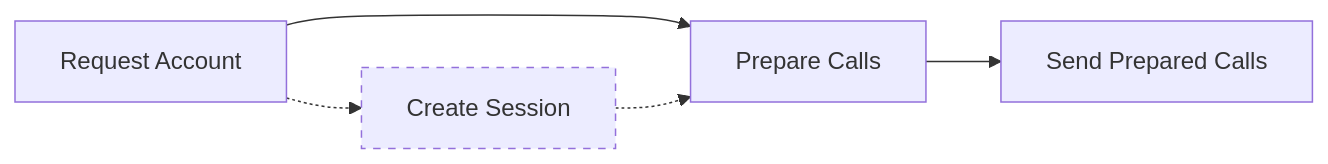
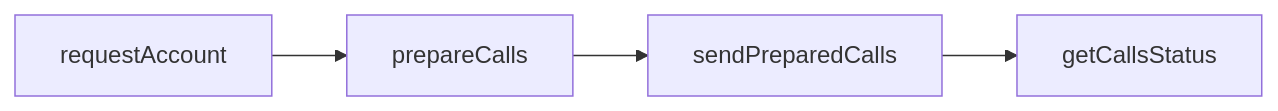
Before and after one commit to alchemyplatform/aa-sdk: the diagram in docs/pages/smart-wallets/quickstart.mdx, drawn with Mermaid. The commit also changed other lines of this file and 3 other files, not shown here.

````diff
--- a/docs/pages/smart-wallets/quickstart.mdx
+++ b/docs/pages/smart-wallets/quickstart.mdx
@@ -17,11 +15,6 @@
 ```mermaid
 flowchart LR
-  A[Request Account] -.-> C[Create Session]
-  A --> D[Prepare Calls]
-  C -.-> D
-  D --> E[Send Prepared Calls]
-
-  %% styling the optional step
-  classDef optional stroke-dasharray:5;
-  class C optional;
+    A[requestAccount] --> B[prepareCalls]
+    B --> C[sendPreparedCalls]
+    C --> D[getCallsStatus]
 ```
````
